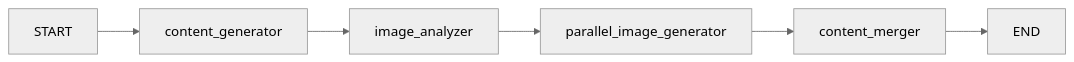
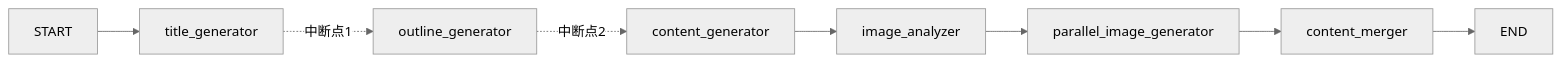
The first of 3 diagrams in README.md (xuanj4323-collab/ai-passage-creator), drawn with Mermaid (neutral theme) before and after one commit. The commit also changed other lines of this file and 3 other files, not shown here.

````diff
--- a/README.md
+++ b/README.md
@@ -58,8 +58,10 @@
 ```mermaid
 graph LR
-    START --> A[content_generator]
-    A --> B[image_analyzer]
-    B --> C[parallel_image_generator]
-    C --> D[content_merger]
-    D --> END
+    START --> T[title_generator]
+    T -.中断点1.-> O[outline_generator]
+    O -.中断点2.-> C[content_generator]
+    C --> I[image_analyzer]
+    I --> P[parallel_image_generator]
+    P --> M[content_merger]
+    M --> END
 ```
````
